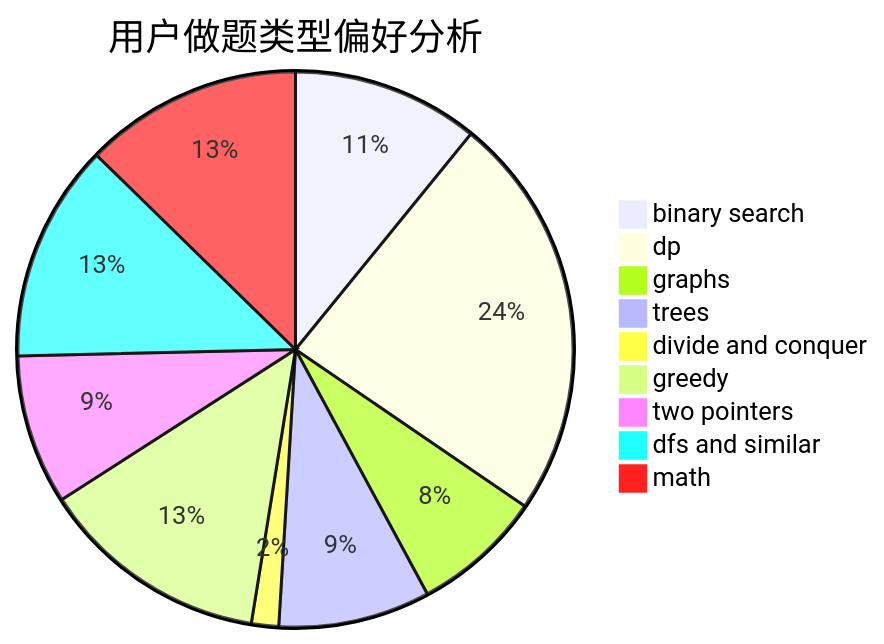
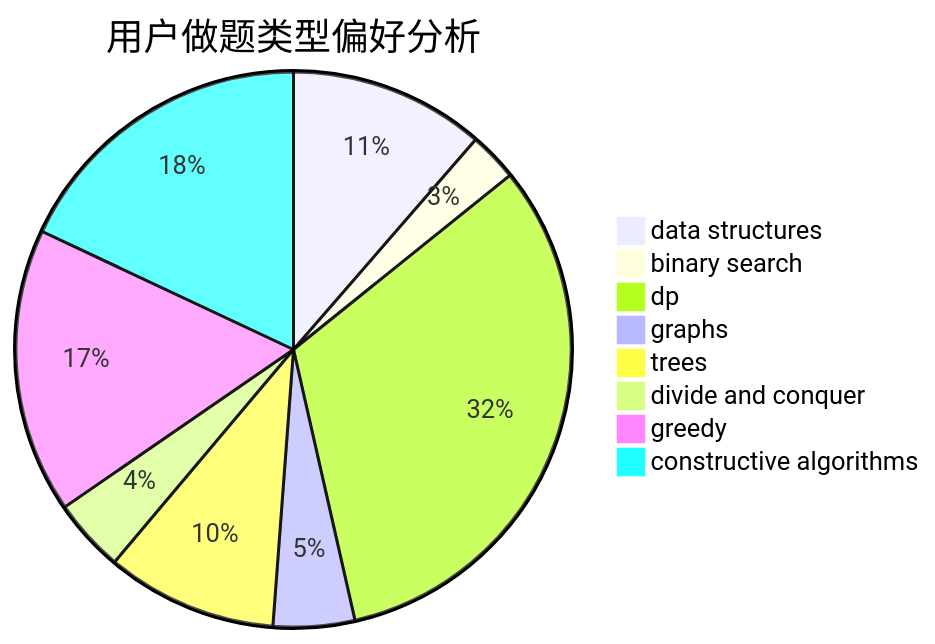
Before and after one commit to sherpahu/cfrs.github.io: the second of 3 diagrams in docs/user/u2659.md, drawn with Mermaid. The commit also changed other lines of this file and 2775 other files, not shown here.

````diff
--- a/docs/user/u2659.md
+++ b/docs/user/u2659.md
@@ -23,12 +23,11 @@
 ```mermaid
 pie title 用户做题类型偏好分析
-    "binary search" :  96
-    "dp" :  209
-    "graphs" :  67
-    "trees" :  78
-    "divide and conquer" :  14
-    "greedy" :  118
-    "two pointers" :  77
-    "dfs and similar" :  112
-    "math" :  112
+    "data structures" :  24
+    "binary search" :  6
+    "dp" :  68
+    "graphs" :  10
+    "trees" :  21
+    "divide and conquer" :  9
+    "greedy" :  35
+    "constructive algorithms" :  38
 ```
````
